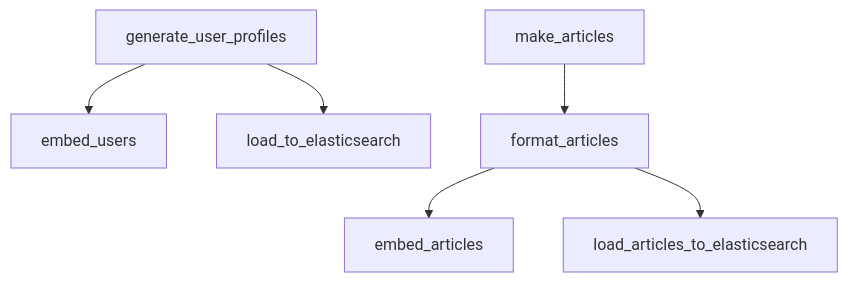
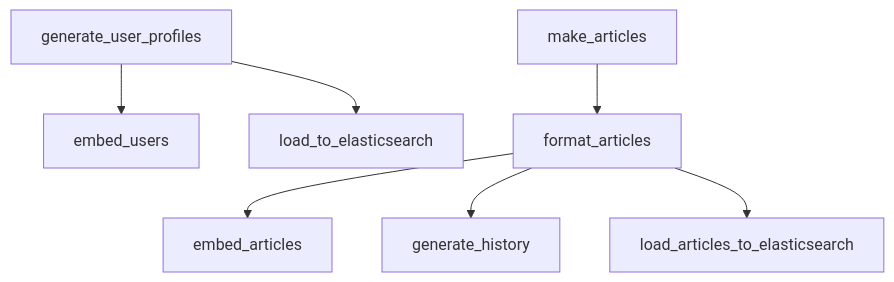
One commit to u-masao/hybrid-search-demo changed the diagram in PIPELINE.md. Above: the diagram before and after it, drawn with Mermaid.

Commit message:
dvc pipeline updated

````diff
--- a/PIPELINE.md
+++ b/PIPELINE.md
@@ -1,15 +1,17 @@
 ```mermaid
 flowchart TD
 	node1["embed_users"]
 	node2["generate_user_profiles"]
 	node3["load_to_elasticsearch"]
 	node2-->node1
 	node2-->node3
 	node4["embed_articles"]
 	node5["format_articles"]
-	node6["load_articles_to_elasticsearch"]
-	node7["make_articles"]
+	node6["generate_history"]
+	node7["load_articles_to_elasticsearch"]
+	node8["make_articles"]
 	node5-->node4
 	node5-->node6
-	node7-->node5
+	node5-->node7
+	node8-->node5
 ```
````
